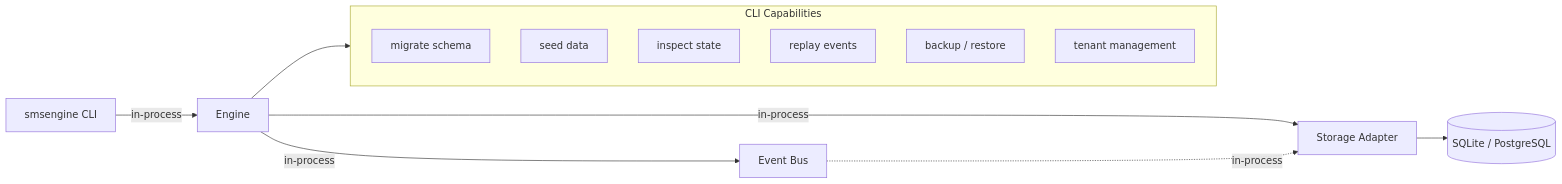
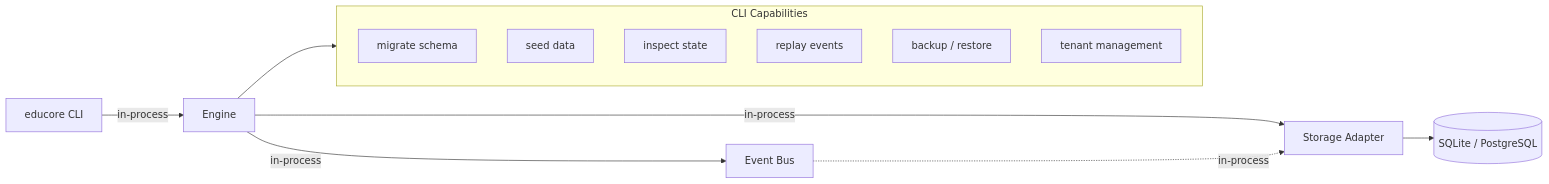
Before and after one commit to beznet22/educore: the fifth of 10 diagrams in docs/diagrams/deployment-map.md, drawn with Mermaid. The commit also changed other lines of this file and 199 other files, not shown here.

````diff
--- a/docs/diagrams/deployment-map.md
+++ b/docs/diagrams/deployment-map.md
@@ -178,20 +178,20 @@
 ```mermaid
 graph LR
-    CLI[smsengine CLI]
+    CLI[educore CLI]
     CLI -->|in-process| Engine[Engine]
     Engine -->|in-process| Storage[Storage Adapter]
     Engine -->|in-process| EventBus[Event Bus]
     Storage --> DB[(SQLite / PostgreSQL)]
     EventBus -.->|in-process| Storage
 
     subgraph capabilities [CLI Capabilities]
         Migrate[migrate schema]
         Seed[seed data]
         Inspect[inspect state]
         Replay[replay events]
         Backup[backup / restore]
         TenantMgmt[tenant management]
     end
 
     Engine --> capabilities
 ```
````
